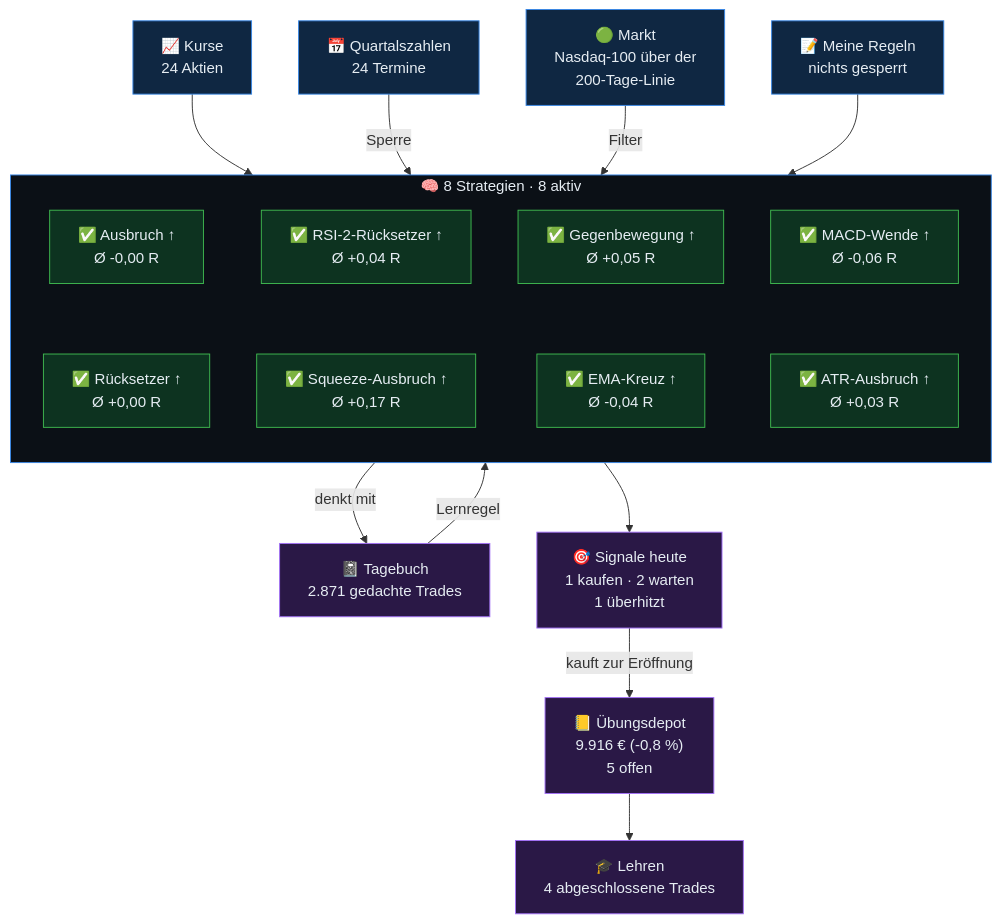
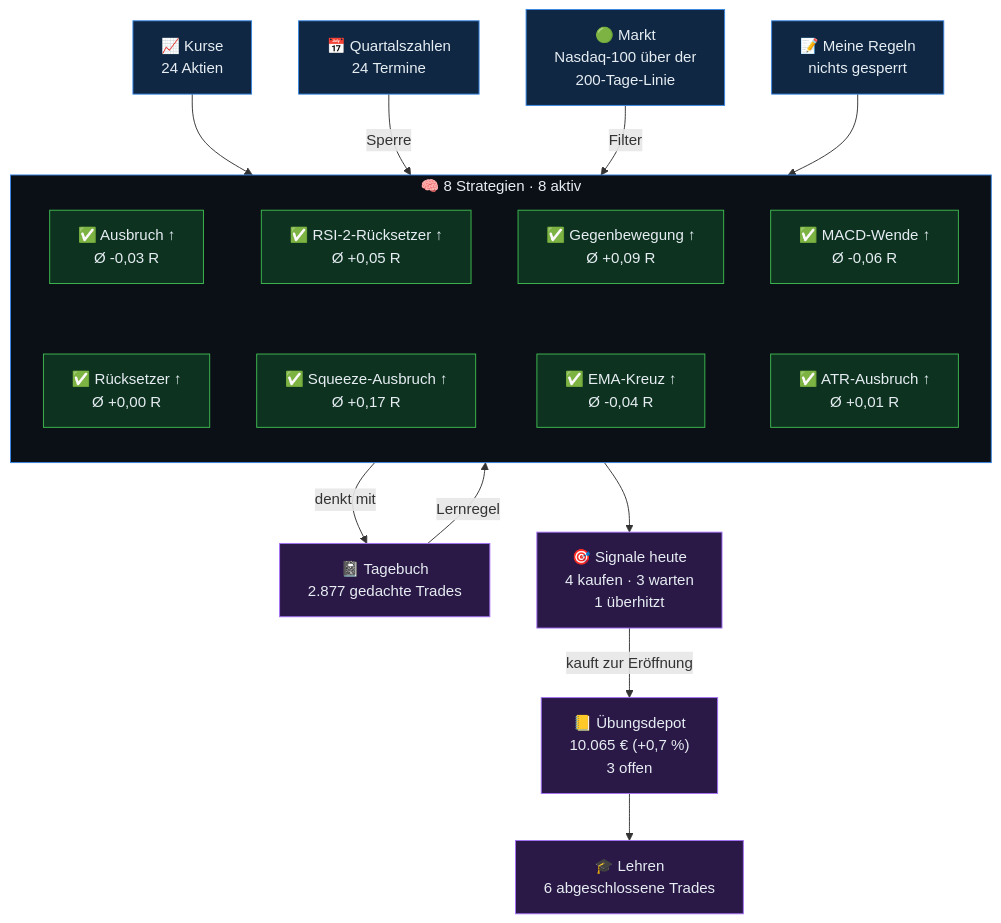
One commit to sickingmalte-arch/Test-Bot changed the diagram in gehirn/Start.md. Above: the diagram before and after it, drawn with Mermaid. The commit also changed other lines of this file and 39 other files, not shown here.

````diff
--- a/gehirn/Start.md
+++ b/gehirn/Start.md
@@ -9,46 +9,46 @@
 ```mermaid
 flowchart TB
   kurse["📈 Kurse<br/>24 Aktien"]
   termine["📅 Quartalszahlen<br/>24 Termine"]
   markt["🟢 Markt<br/>Nasdaq-100 über der<br/>200-Tage-Linie"]
   regeln["📝 Meine Regeln<br/>nichts gesperrt"]
   subgraph KERN["🧠 8 Strategien · 8 aktiv"]
     direction TB
-    s0["✅ Ausbruch ↑<br/>Ø -0,00 R"]
-    s1["✅ RSI-2-Rücksetzer ↑<br/>Ø +0,04 R"]
-    s2["✅ Gegenbewegung ↑<br/>Ø +0,05 R"]
+    s0["✅ Ausbruch ↑<br/>Ø -0,03 R"]
+    s1["✅ RSI-2-Rücksetzer ↑<br/>Ø +0,05 R"]
+    s2["✅ Gegenbewegung ↑<br/>Ø +0,09 R"]
     s3["✅ MACD-Wende ↑<br/>Ø -0,06 R"]
     s4["✅ Rücksetzer ↑<br/>Ø +0,00 R"]
     s5["✅ Squeeze-Ausbruch ↑<br/>Ø +0,17 R"]
     s6["✅ EMA-Kreuz ↑<br/>Ø -0,04 R"]
-    s7["✅ ATR-Ausbruch ↑<br/>Ø +0,03 R"]
+    s7["✅ ATR-Ausbruch ↑<br/>Ø +0,01 R"]
     s0 ~~~ s4
     s1 ~~~ s5
     s2 ~~~ s6
     s3 ~~~ s7
   end
-  tb["📓 Tagebuch<br/>2.871 gedachte Trades"]
-  sig["🎯 Signale heute<br/>1 kaufen · 2 warten<br/>1 überhitzt"]
-  depot["📒 Übungsdepot<br/>9.916 € (-0,8 %)<br/>5 offen"]
-  lehren["🎓 Lehren<br/>4 abgeschlossene Trades"]
+  tb["📓 Tagebuch<br/>2.877 gedachte Trades"]
+  sig["🎯 Signale heute<br/>4 kaufen · 3 warten<br/>1 überhitzt"]
+  depot["📒 Übungsdepot<br/>10.065 € (+0,7 %)<br/>3 offen"]
+  lehren["🎓 Lehren<br/>6 abgeschlossene Trades"]
   kurse --> KERN
   termine -->|Sperre| KERN
   markt -->|Filter| KERN
   regeln --> KERN
   KERN -->|denkt mit| tb
   tb -->|Lernregel| KERN
   KERN --> sig
   sig -->|kauft zur Eröffnung| depot
   depot --> lehren
   classDef ein fill:#0f2742,stroke:#3987e5,color:#e6edf3
   classDef rot fill:#3d1414,stroke:#f47067,color:#e6edf3
   classDef aktiv fill:#0d3320,stroke:#3fb950,color:#e6edf3
   classDef pausiert fill:#3b2e0a,stroke:#fab219,color:#e6edf3
   classDef aus fill:#22272e,stroke:#6e7681,color:#9ba7b4
   classDef aus2 fill:#2a1846,stroke:#a371f7,color:#e6edf3
   class kurse,termine,regeln ein
   class markt ein
   class tb,sig,depot,lehren aus2
   class s0,s1,s2,s3,s4,s5,s6,s7 aktiv
   style KERN fill:#0b1016,stroke:#3987e5,color:#e6edf3
 ```
````
